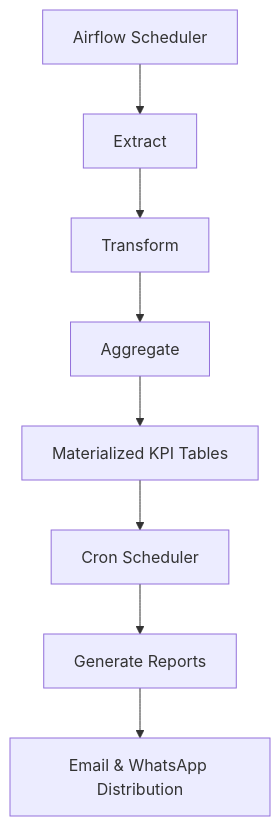
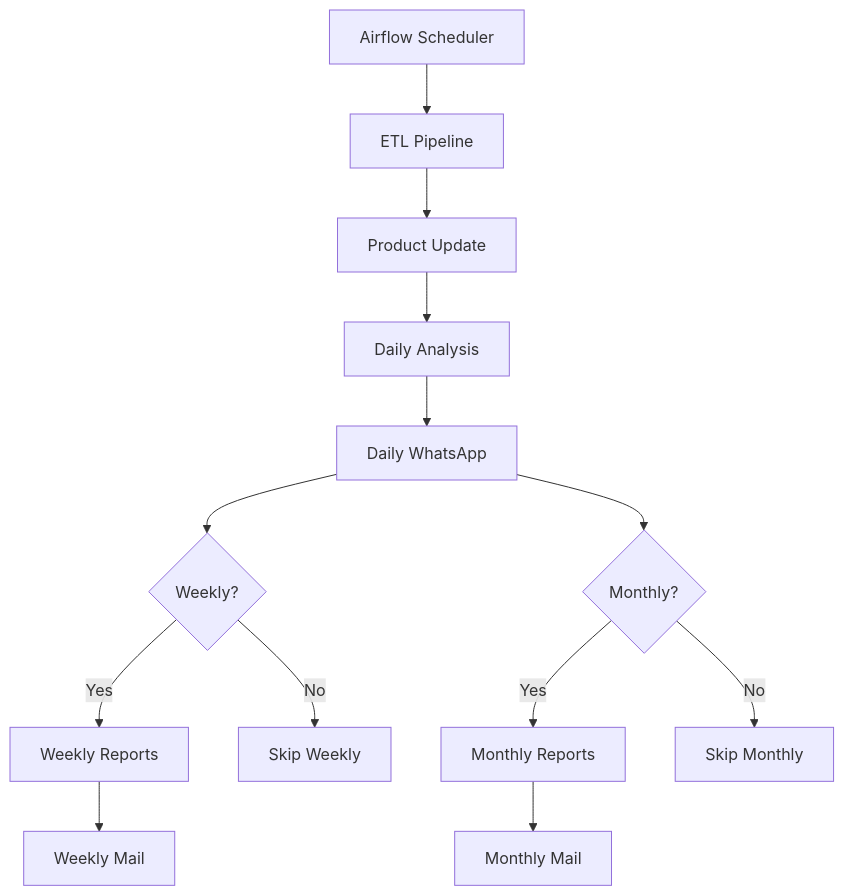
The diagram in readme.md (SominZex/sales_analysis_algorithm), drawn with Mermaid before and after one commit. The commit also changed other lines of this file and 1 other file, not shown here.

Commit message:
Airflow-Docker migration

````diff
--- a/readme.md
+++ b/readme.md
@@ -90,10 +84,15 @@
 ```mermaid
 flowchart TD
-    A[Airflow Scheduler] --> B[Extract]
-    B --> C[Transform]
-    C --> D[Aggregate]
-    D --> E[Materialized KPI Tables]
-    E --> F[Cron Scheduler]
-    F --> G[Generate Reports]
-    G --> H[Email & WhatsApp Distribution]
+    A[Airflow Scheduler] --> B[ETL Pipeline]
+    B --> C[Product Update]
+    C --> D[Daily Analysis]
+    D --> E[Daily WhatsApp]
+    E --> F{Weekly?}
+    F -->|Yes| G[Weekly Reports]
+    G --> H[Weekly Mail]
+    F -->|No| I[Skip Weekly]
+    E --> J{Monthly?}
+    J -->|Yes| K[Monthly Reports]
+    K --> L[Monthly Mail]
+    J -->|No| M[Skip Monthly]
 ```
````
